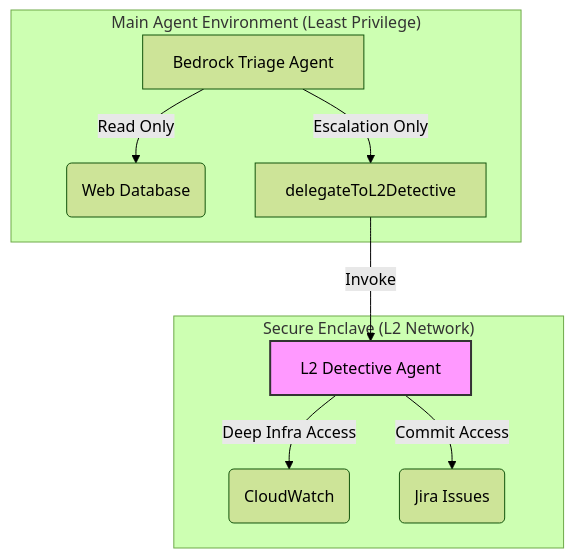
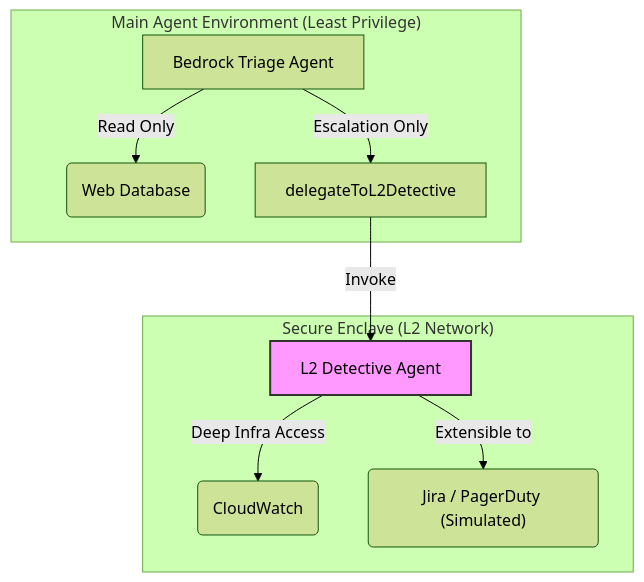
The third of 3 diagrams in ARCHITECTURE.md (sujithpvarghese/bedrock-agent-core-operations-hub-mcp), drawn with Mermaid (forest theme) before and after one commit. The commit also changed other lines of this file and 5 other files, not shown here.

````diff
--- a/ARCHITECTURE.md
+++ b/ARCHITECTURE.md
@@ -68,16 +68,16 @@
 ```mermaid
 graph TD
     subgraph MainAgent ["Main Agent Environment (Least Privilege)"]
         TriageAgent["Bedrock Triage Agent"]
         TriageAgent -->|"Read Only"| WebDB("Web Database")
         TriageAgent -->|"Escalation Only"| Delegate["delegateToL2Detective"]
     end
 
     subgraph SecureEnclave ["Secure Enclave (L2 Network)"]
         Delegate -->|"Invoke"| SubAgent["L2 Detective Agent"]
         SubAgent -->|"Deep Infra Access"| CloudWatchLogs("CloudWatch")
-        SubAgent -->|"Commit Access"| Jira("Jira Issues")
+        SubAgent -->|"Extensible to"| Jira("Jira / PagerDuty (Simulated)")
     end
     
     style SubAgent fill:#f9f,stroke:#333,stroke-width:2px
 ```
````
